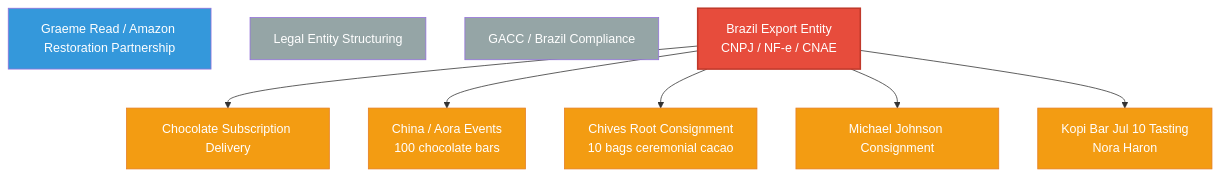
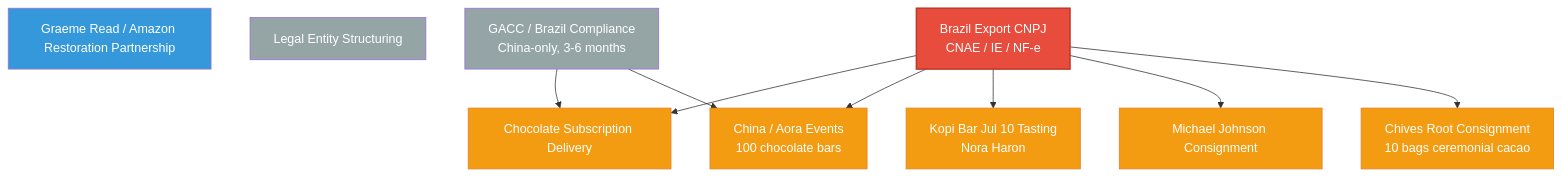
The diagram in TRACK_MAP.md (TrueSightDAO/agentic_ai_context), drawn with Mermaid before and after one commit. The commit also changed other lines of this file, not shown here.

Commit message:
Simplify: Black King CNPJ feeds both USA and China channels

````diff
--- a/TRACK_MAP.md
+++ b/TRACK_MAP.md
@@ -9,21 +9,24 @@
 ```mermaid
 flowchart TD
     G[Graeme Read / Amazon Restoration Partnership]:::new
     T5[Legal Entity Structuring]:::offline
-    T6[GACC / Brazil Compliance]:::offline
-    T7[Brazil Export Entity<br/>CNPJ / NF-e / CNAE]:::gate --> T8
-    T7 --> T9
+    T6[GACC / Brazil Compliance<br/>China-only, 3-6 months]:::offline
+    T7[Brazil Export CNPJ<br/>CNAE / IE / NF-e]:::gate
     T7 --> T10
     T7 --> T11
     T7 --> T12
-    T8[Chocolate Subscription Delivery]:::blocked
-    T9[China / Aora Events<br/>100 chocolate bars]:::blocked
+    T7 --> T8
+    T7 --> T9
+    T6 --> T8
+    T6 --> T9
+    T8[China / Aora Events<br/>100 chocolate bars]:::blocked
+    T9[Chocolate Subscription Delivery]:::blocked
     T10[Chives Root Consignment<br/>10 bags ceremonial cacao]:::blocked
     T11[Michael Johnson Consignment]:::blocked
     T12[Kopi Bar Jul 10 Tasting<br/>Nora Haron]:::blocked
 
     classDef gate fill:#e74c3c,color:#fff,stroke:#c0392b,stroke-width:2px
     classDef blocked fill:#f39c12,color:#fff,stroke:#e67e22
     classDef offline fill:#95a5a6,color:#fff
     classDef new fill:#3498db,color:#fff
 ```
````
